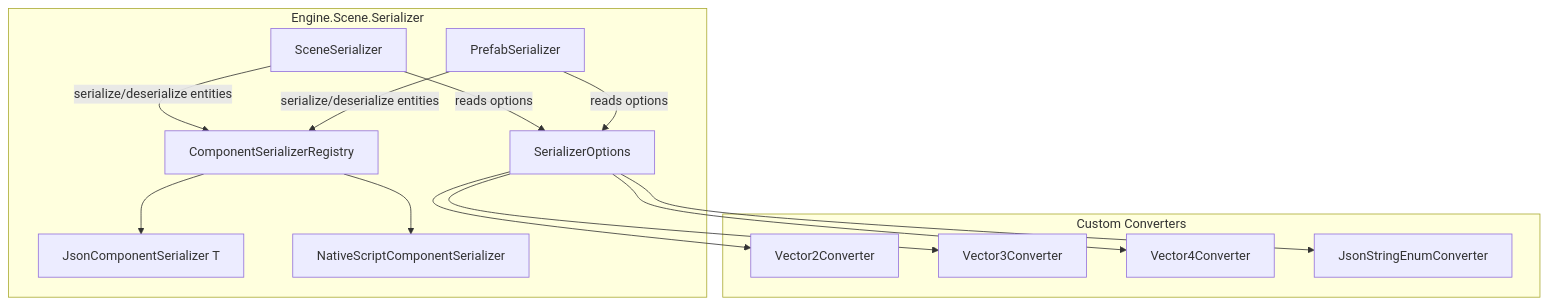
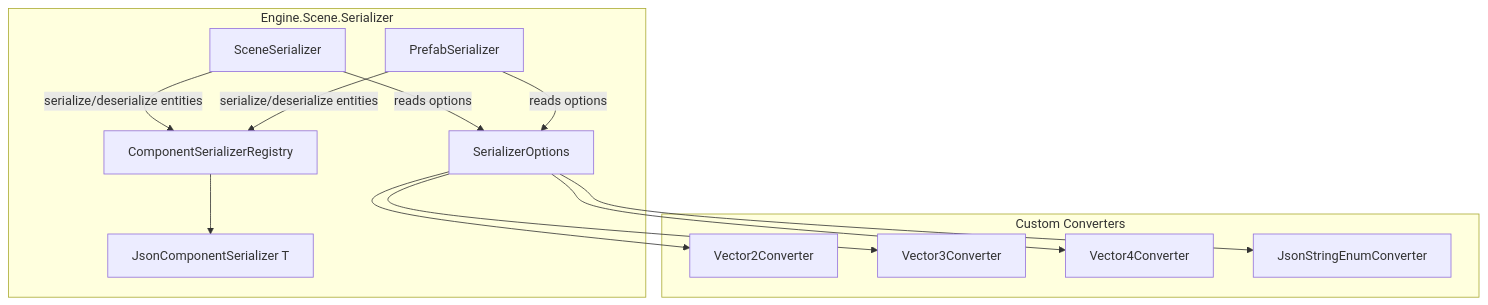
Before and after one commit to kateusz/GameEngine: the first of 2 diagrams in docs/architecture/serialization.md, drawn with Mermaid. The commit also changed other lines of this file and 85 other files, not shown here.

````diff
--- a/docs/architecture/serialization.md
+++ b/docs/architecture/serialization.md
@@ -7,29 +7,27 @@
 ```mermaid
 graph TD
     subgraph "Engine.Scene.Serializer"
         SS[SceneSerializer]
         PS[PrefabSerializer]
         CSR[ComponentSerializerRegistry]
         SO[SerializerOptions]
         JCS[JsonComponentSerializer T]
-        NSC[NativeScriptComponentSerializer]
     end
 
     subgraph "Custom Converters"
         V2[Vector2Converter]
         V3[Vector3Converter]
         V4[Vector4Converter]
         SEC[JsonStringEnumConverter]
     end
 
     SS -->|serialize/deserialize entities| CSR
     PS -->|serialize/deserialize entities| CSR
     SS -->|reads options| SO
     PS -->|reads options| SO
     CSR --> JCS
-    CSR --> NSC
     SO --> V2
     SO --> V3
     SO --> V4
     SO --> SEC
 ```
````
